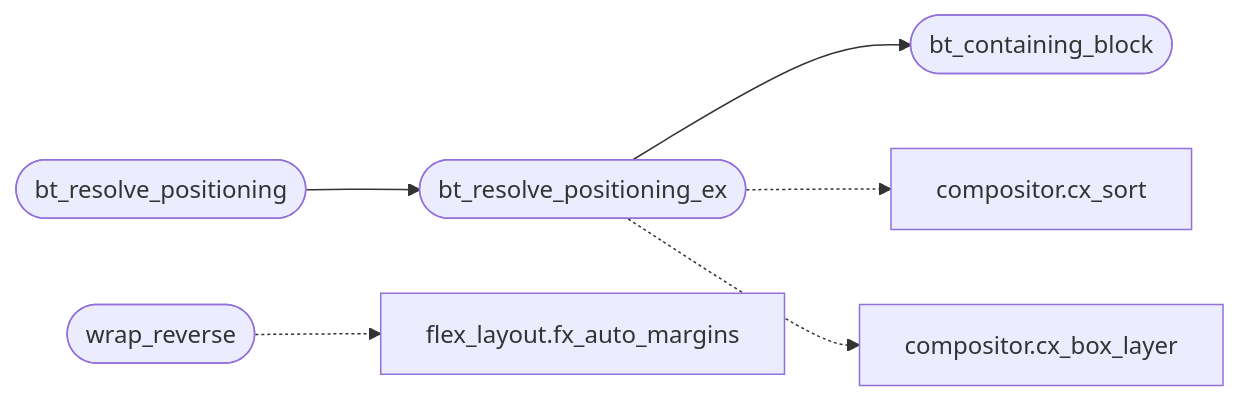
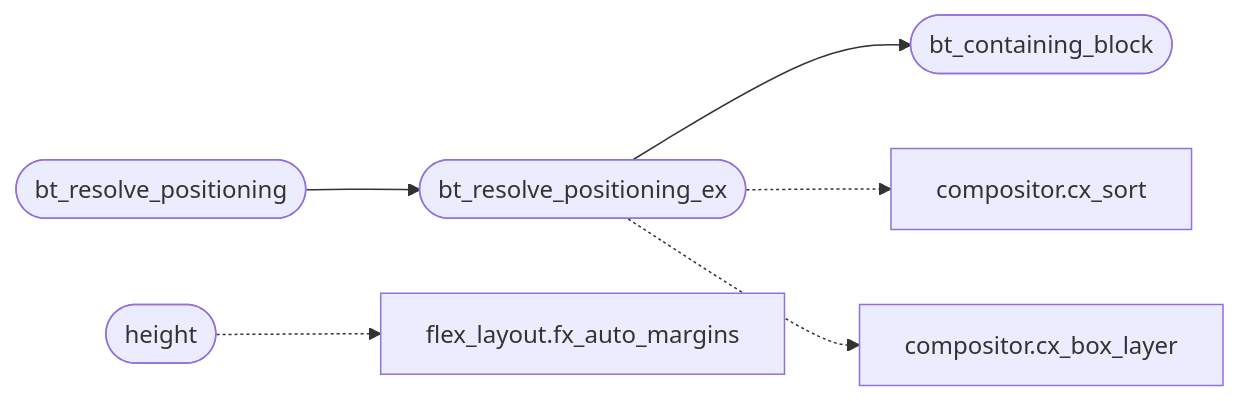
One commit to grisuno/FreeDom changed the diagram in readmenator-apidocs/modules/src.box_tree.c.md. Above: the diagram before and after it, drawn with Mermaid. The commit also changed other lines of this file and 262 other files, not shown here.

````diff
--- a/readmenator-apidocs/modules/src.box_tree.c.md
+++ b/readmenator-apidocs/modules/src.box_tree.c.md
@@ -14,15 +14,15 @@
 ```mermaid
 flowchart LR
     n_src_box_tree_c__bt_resolve_positioning(["bt_resolve_positioning"])
     n_src_box_tree_c__bt_resolve_positioning_ex(["bt_resolve_positioning_ex"])
     n_src_box_tree_c__bt_containing_block(["bt_containing_block"])
-    n_src_box_tree_c__wrap_reverse(["wrap_reverse"])
+    n_src_box_tree_c__height(["height"])
     n_src_flex_layout_c__fx_auto_margins["flex_layout.fx_auto_margins"]
     n_include_compositor_h__cx_sort["compositor.cx_sort"]
     n_src_compositor_c__cx_box_layer["compositor.cx_box_layer"]
     n_src_box_tree_c__bt_resolve_positioning --> n_src_box_tree_c__bt_resolve_positioning_ex
     n_src_box_tree_c__bt_resolve_positioning_ex --> n_src_box_tree_c__bt_containing_block
-    n_src_box_tree_c__wrap_reverse -.-> n_src_flex_layout_c__fx_auto_margins
+    n_src_box_tree_c__height -.-> n_src_flex_layout_c__fx_auto_margins
     n_src_box_tree_c__bt_resolve_positioning_ex -.-> n_include_compositor_h__cx_sort
     n_src_box_tree_c__bt_resolve_positioning_ex -.-> n_src_compositor_c__cx_box_layer
 ```
````
